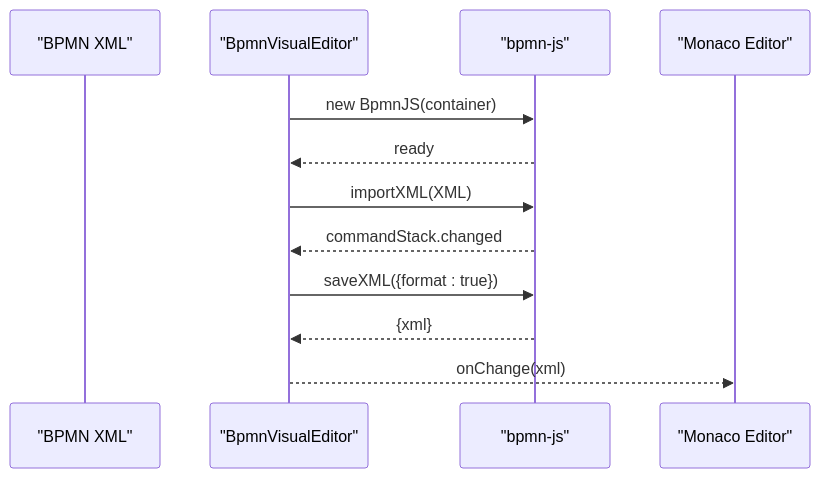
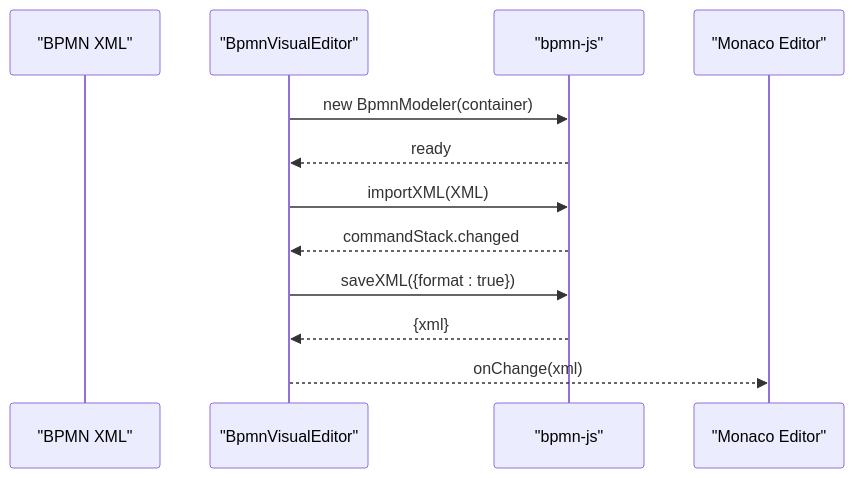
Before and after one commit to ongchonghian/universal-diagram-editor: the fifth of 9 diagrams in .qoder/repowiki/en/content/Project Overview.md, drawn with Mermaid. The commit also changed other lines of this file and 31 other files, not shown here.

````diff
--- a/.qoder/repowiki/en/content/Project Overview.md
+++ b/.qoder/repowiki/en/content/Project Overview.md
@@ -224,14 +220,14 @@
 ```mermaid
 sequenceDiagram
 participant XML as "BPMN XML"
 participant Bpmn as "BpmnVisualEditor"
 participant Modeler as "bpmn-js"
 participant Monaco as "Monaco Editor"
-Bpmn->>Modeler : new BpmnJS(container)
+Bpmn->>Modeler : new BpmnModeler(container)
 Modeler-->>Bpmn : ready
 Bpmn->>Modeler : importXML(XML)
 Modeler-->>Bpmn : commandStack.changed
 Bpmn->>Modeler : saveXML({format : true})
 Modeler-->>Bpmn : {xml}
 Bpmn-->>Monaco : onChange(xml)
 ```
````
